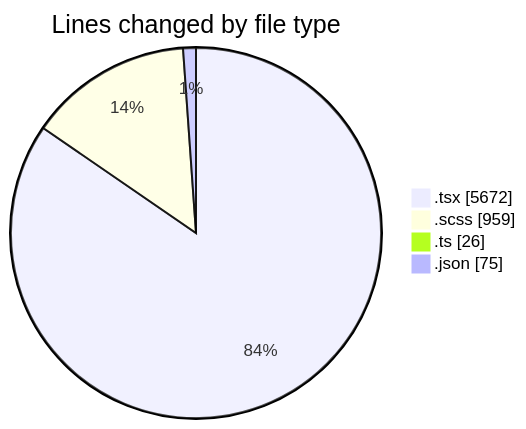
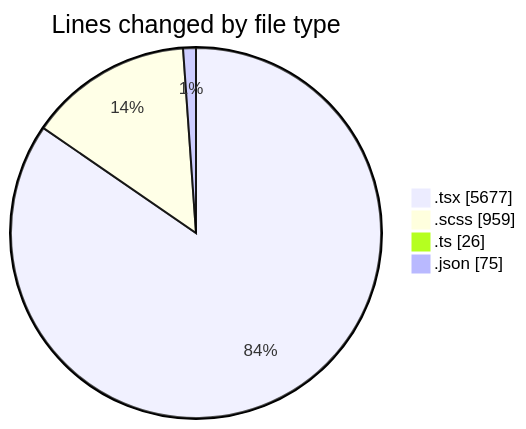
One commit to momahboobian/code-tracking changed the first of 2 diagrams in 2025-04-09/cda/README.md. Above: the diagram before and after it, drawn with Mermaid. The commit also changed other lines of this file and 1 other file, not shown here.

````diff
--- a/2025-04-09/cda/README.md
+++ b/2025-04-09/cda/README.md
@@ -43,8 +43,8 @@
 ```mermaid
 pie showData
 title Lines changed by file type
-".tsx" : 5672
+".tsx" : 5677
 ".scss" : 959
 ".ts" : 26
 ".json" : 75
 ```
````
